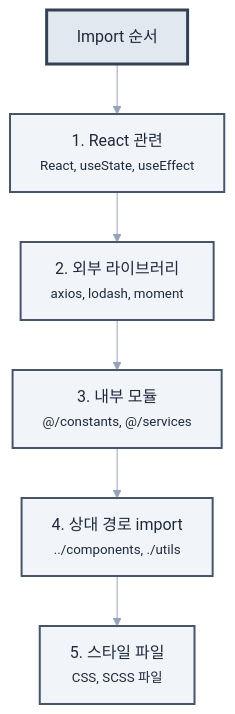
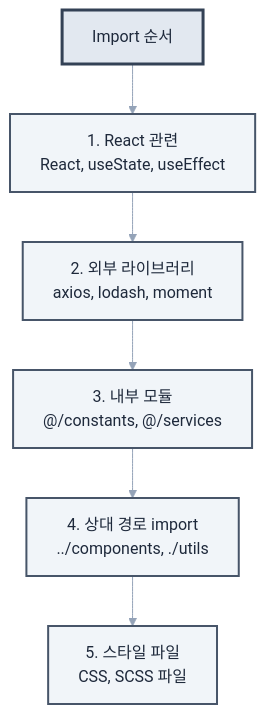
Before and after one commit to revfactory/claude-code-mastering: the fourth of 4 diagrams in book/04-chapter4.md, drawn with Mermaid. The commit also changed other lines of this file and 10 other files, not shown here.

First line of the commit message:
fix: 챕터 2-13 Mermaid 다이어그램 텍스트 렌더링 최적화

````diff
--- a/book/04-chapter4.md
+++ b/book/04-chapter4.md
@@ -275,15 +275,15 @@
 ```mermaid
 %%{init: {"theme": "base", "themeVariables": {"primaryColor": "#f8fafc", "primaryTextColor": "#1e293b", "primaryBorderColor": "#e2e8f0", "lineColor": "#94a3b8", "secondaryColor": "#f1f5f9", "tertiaryColor": "#e2e8f0"}}}%%
 flowchart TD
-    A["Import 순서"] --> B["1. React 관련<br/><small>React, useState, useEffect</small>"]
-    B --> C["2. 외부 라이브러리<br/><small>axios, lodash, moment</small>"]
-    C --> D["3. 내부 모듈<br/><small>@/constants, @/services</small>"]
-    D --> E["4. 상대 경로 import<br/><small>../components, ./utils</small>"]
-    E --> F["5. 스타일 파일<br/><small>CSS, SCSS 파일</small>"]
+    A["Import 순서"] --> B["1. React 관련<br/>React, useState, useEffect"]
+    B --> C["2. 외부 라이브러리<br/>axios, lodash, moment"]
+    C --> D["3. 내부 모듈<br/>@/constants, @/services"]
+    D --> E["4. 상대 경로 import<br/>../components, ./utils"]
+    E --> F["5. 스타일 파일<br/>CSS, SCSS 파일"]
     
     classDef importStyle fill:#f1f5f9,stroke:#475569,stroke-width:2px,color:#1e293b
     classDef rootStyle fill:#e2e8f0,stroke:#334155,stroke-width:3px,color:#1e293b
     
     class A rootStyle
     class B,C,D,E,F importStyle
 ```
````
